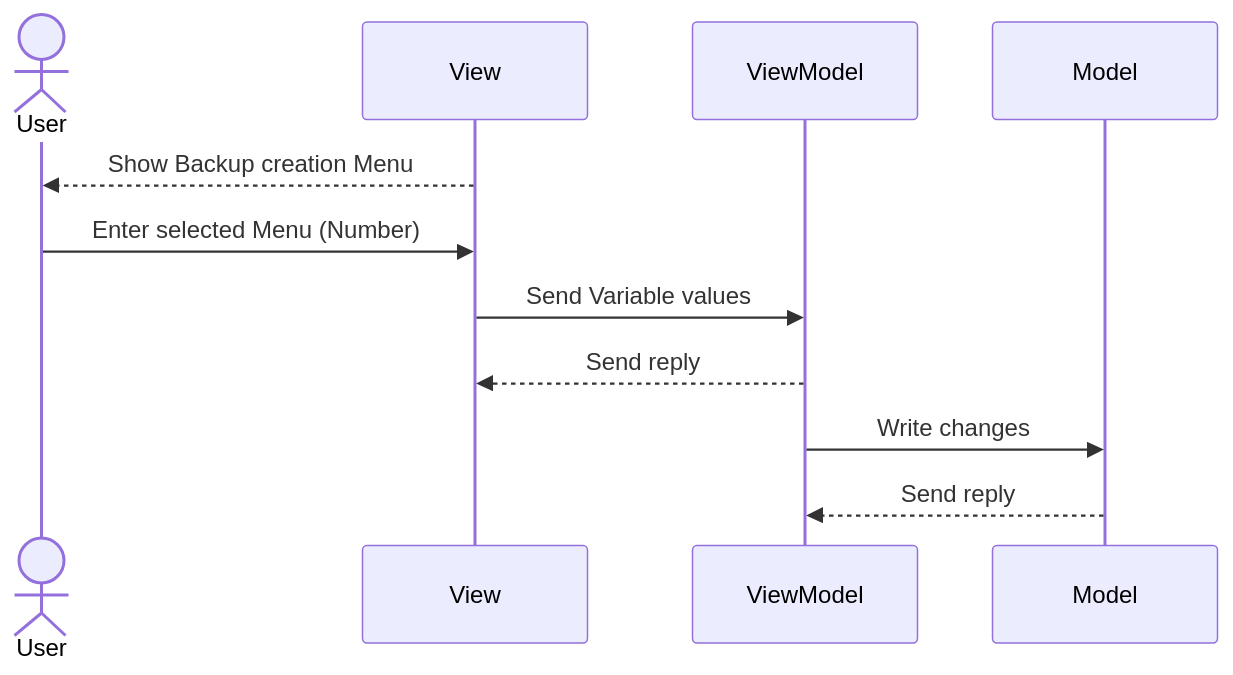
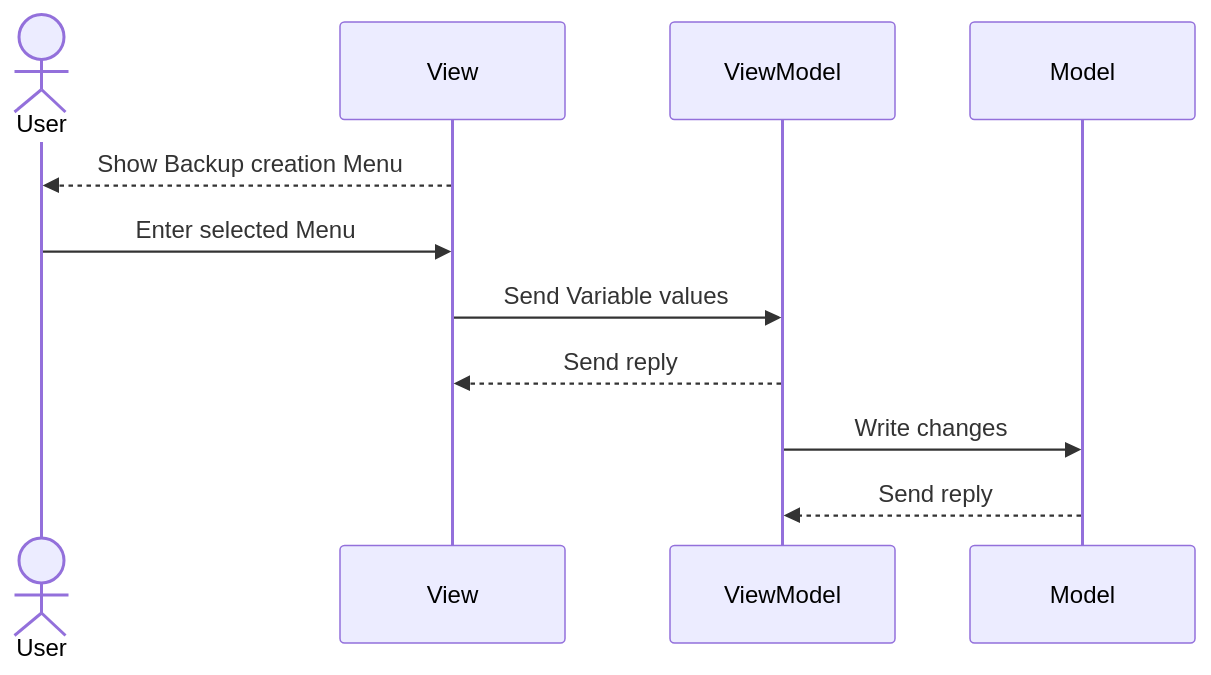
Before and after one commit to mboss7/CesiProgSys: the second of 7 diagrams in Diagrams/DiagSequences/DiagSequenceProjet.md, drawn with Mermaid. The commit also changed other lines of this file, not shown here.

````diff
--- a/Diagrams/DiagSequences/DiagSequenceProjet.md
+++ b/Diagrams/DiagSequences/DiagSequenceProjet.md
@@ -9,10 +9,10 @@
 ```mermaid
 sequenceDiagram
 Actor User
 View -->>User: Show Backup creation Menu
-User ->>View: Enter selected Menu (Number)
+User ->>View: Enter selected Menu
 View ->>ViewModel: Send Variable values
 ViewModel -->>View: Send reply 
 ViewModel ->>Model: Write changes
 Model -->>ViewModel: Send reply
 ```
````
